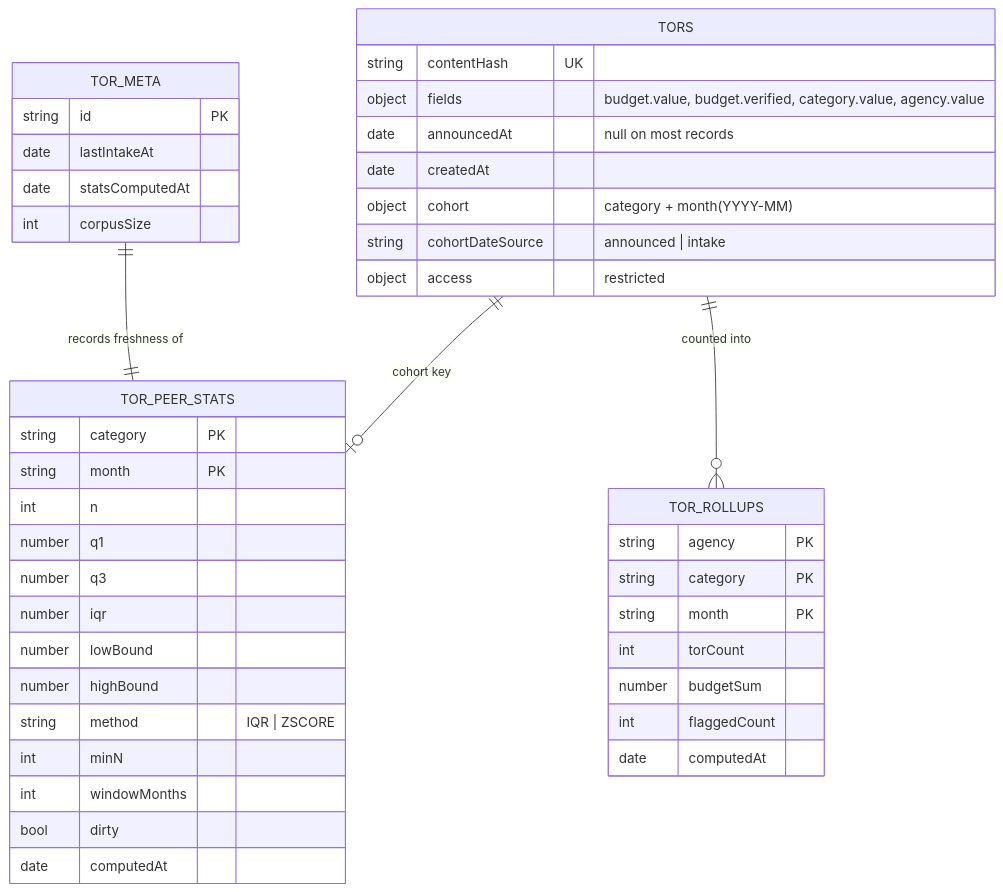
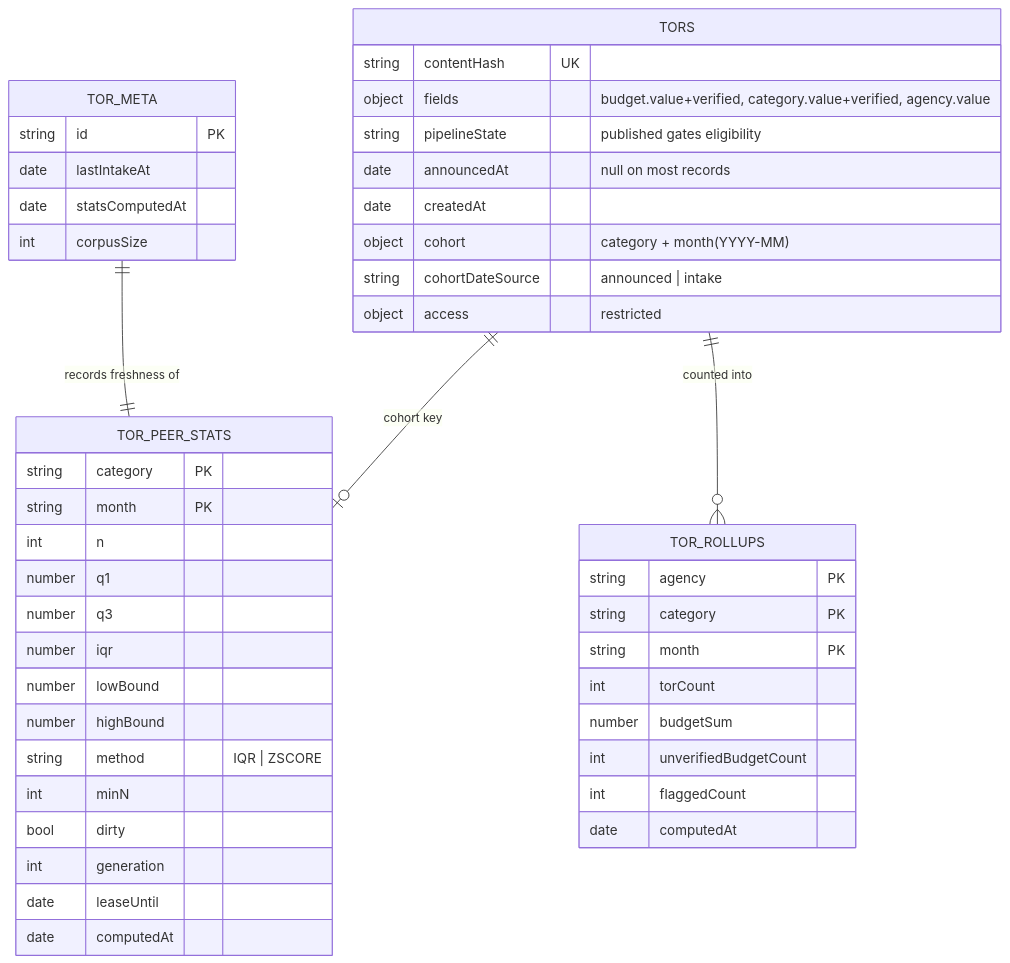
Before and after one commit to TORMomentum/Momentum: the diagram in docs/superpowers/specs/2026-09-17-dashboard-anomaly-design.md, drawn with Mermaid. The commit also changed other lines of this file, not shown here.

````diff
--- a/docs/superpowers/specs/2026-09-17-dashboard-anomaly-design.md
+++ b/docs/superpowers/specs/2026-09-17-dashboard-anomaly-design.md
@@ -115,46 +170,49 @@
 ```mermaid
 erDiagram
     TORS ||--o| TOR_PEER_STATS : "cohort key"
     TORS ||--o{ TOR_ROLLUPS : "counted into"
     TOR_META ||--|| TOR_PEER_STATS : "records freshness of"
 
     TORS {
         string contentHash UK
-        object fields "budget.value, budget.verified, category.value, agency.value"
+        object fields "budget.value+verified, category.value+verified, agency.value"
+        string pipelineState "published gates eligibility"
         date announcedAt "null on most records"
         date createdAt
         object cohort "category + month(YYYY-MM)"
         string cohortDateSource "announced | intake"
         object access "restricted"
     }
     TOR_PEER_STATS {
         string category PK
         string month PK
         int n
         number q1
         number q3
         number iqr
         number lowBound
         number highBound
         string method "IQR | ZSCORE"
         int minN
-        int windowMonths
         bool dirty
+        int generation
+        date leaseUntil
         date computedAt
     }
     TOR_ROLLUPS {
         string agency PK
         string category PK
         string month PK
         int torCount
         number budgetSum
+        int unverifiedBudgetCount
         int flaggedCount
         date computedAt
     }
     TOR_META {
         string id PK
         date lastIntakeAt
         date statsComputedAt
         int corpusSize
     }
 ```
````
